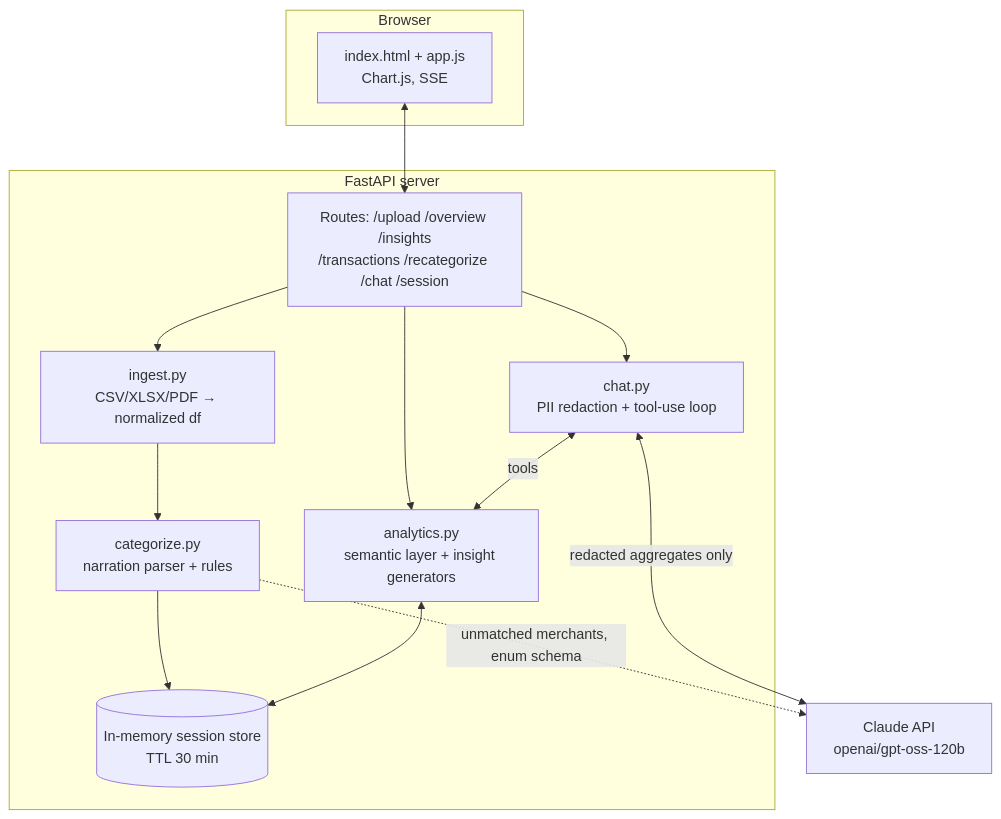
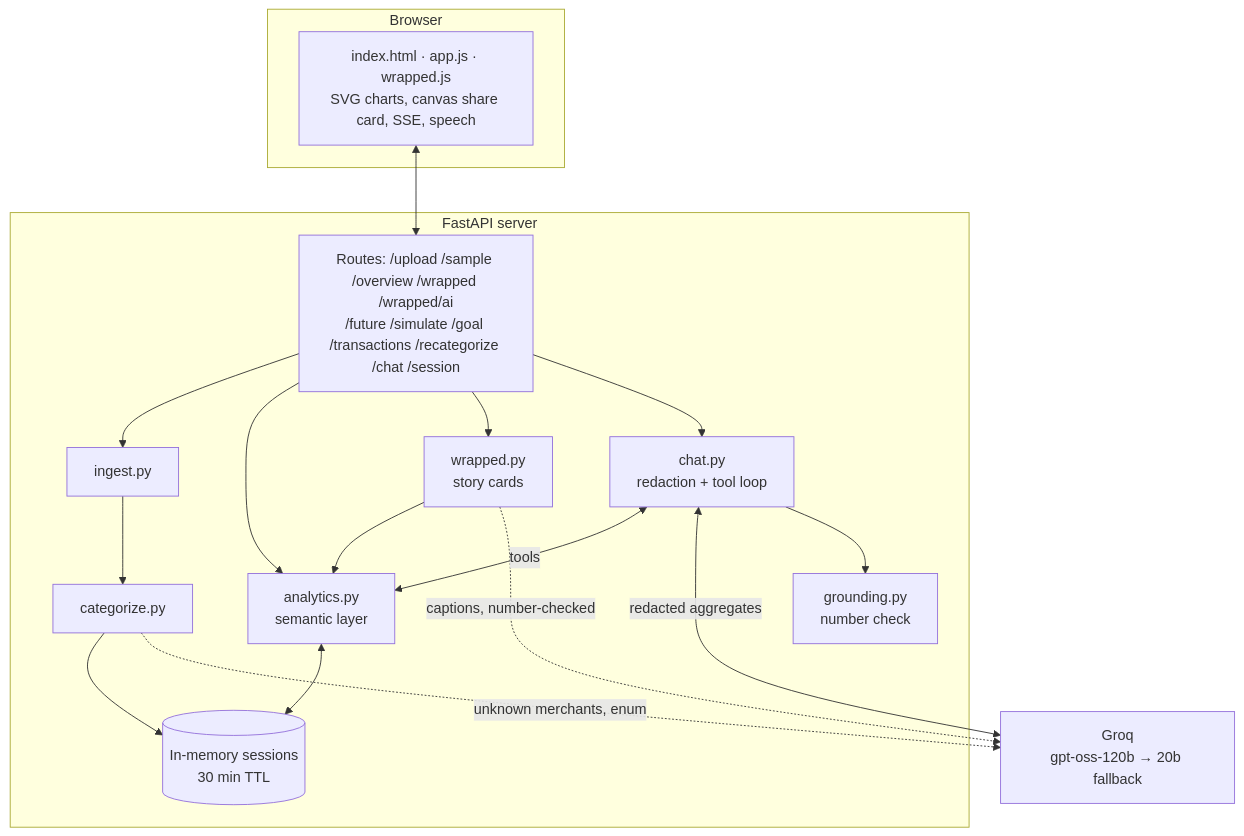
One commit to Akarshakk/RGIT_Hack_Round0 changed the second of 3 diagrams in presentation_reference.md. Above: the diagram before and after it, drawn with Mermaid. The commit also changed other lines of this file and 4 other files, not shown here.

First line of the commit message:
Final eval: 91% accuracy, 95% grounding, 3/3 refusals (gpt-oss-20b); docs filled

````diff
--- a/presentation_reference.md
+++ b/presentation_reference.md
@@ -141,23 +154,26 @@
 ```mermaid
 flowchart TB
   subgraph Browser
-    UI[index.html + app.js<br/>Chart.js, SSE]
+    UI[index.html · app.js · wrapped.js<br/>SVG charts, canvas share card, SSE, speech]
   end
   subgraph FastAPI server
-    R[Routes: /upload /overview /insights<br/>/transactions /recategorize /chat /session]
-    ING[ingest.py<br/>CSV/XLSX/PDF → normalized df]
-    CAT[categorize.py<br/>narration parser + rules]
-    AN[analytics.py<br/>semantic layer + insight generators]
-    CH[chat.py<br/>PII redaction + tool-use loop]
-    S[(In-memory session store<br/>TTL 30 min)]
+    R[Routes: /upload /sample /overview /wrapped /wrapped/ai<br/>/future /simulate /goal /transactions /recategorize /chat /session]
+    ING[ingest.py]
+    CAT[categorize.py]
+    AN[analytics.py<br/>semantic layer]
+    WR[wrapped.py<br/>story cards]
+    CH[chat.py<br/>redaction + tool loop]
+    GR[grounding.py<br/>number check]
+    S[(In-memory sessions<br/>30 min TTL)]
   end
-  LLM[Claude API<br/>openai/gpt-oss-120b]
+  LLM[Groq<br/>gpt-oss-120b → 20b fallback]
   UI <--> R
   R --> ING --> CAT --> S
-  CAT -. unmatched merchants, enum schema .-> LLM
-  R --> AN
-  AN <--> S
-  R --> CH
-  CH <-- tools --> AN
-  CH <-- redacted aggregates only --> LLM
+  CAT -. unknown merchants, enum .-> LLM
+  R --> AN <--> S
+  R --> WR --> AN
+  WR -. captions, number-checked .-> LLM
+  R --> CH <-- tools --> AN
+  CH <-- redacted aggregates --> LLM
+  CH --> GR
 ```
````
